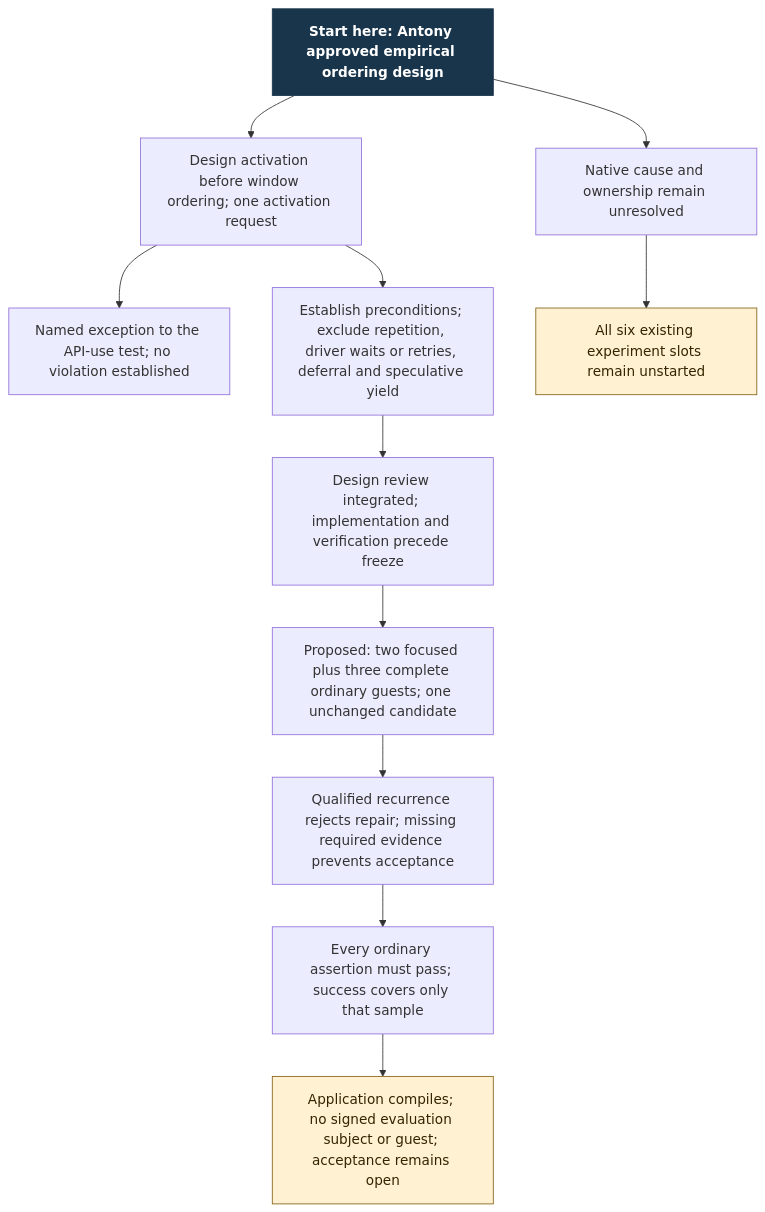
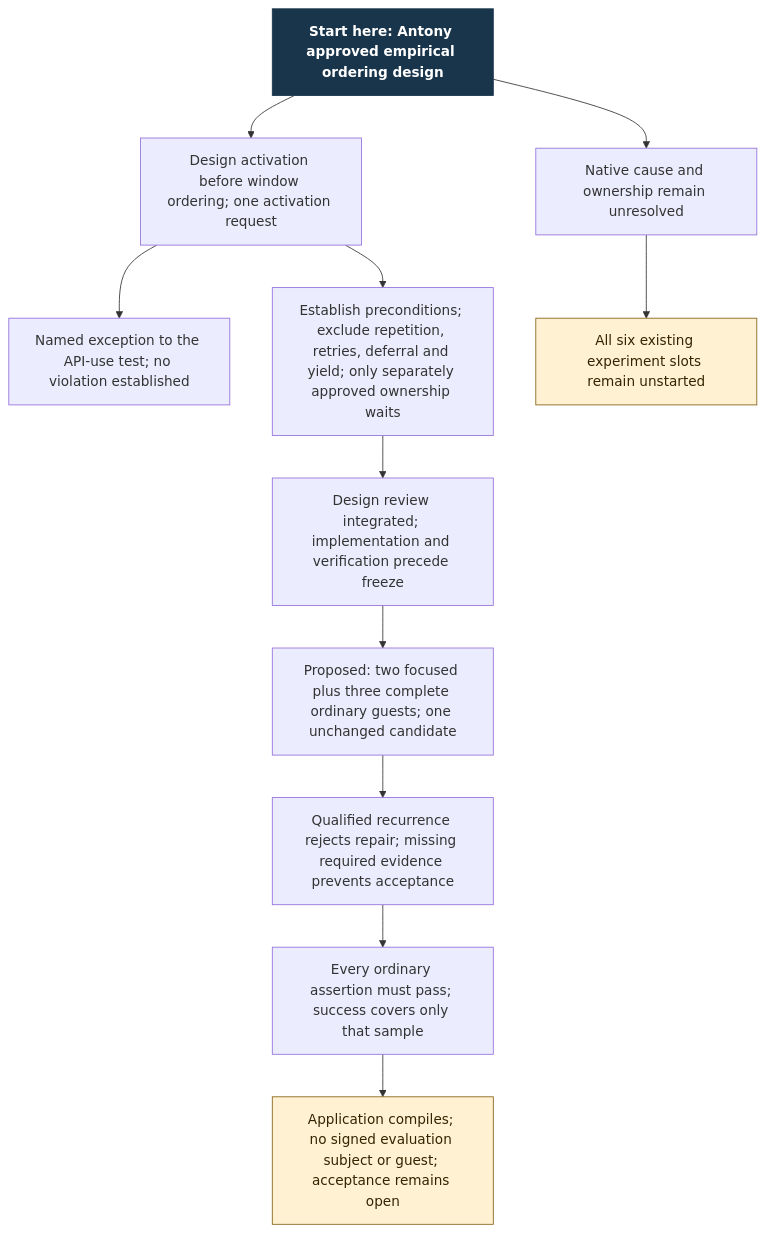
One commit to Linkuistics/Koine changed the diagram in docs/design/architecture/settings-activation/scope-choice.mmd. Above: the diagram before and after it, drawn with Mermaid. The commit also changed 13 other files, not shown here.

```diff
--- a/docs/design/architecture/settings-activation/scope-choice.mmd
+++ b/docs/design/architecture/settings-activation/scope-choice.mmd
@@ -1,14 +1,14 @@
 flowchart TD
     S["Start here: Antony approved empirical ordering design"]:::start
     S --> A["Design activation before window ordering; one activation request"]
     A --> J["Named exception to the API-use test; no violation established"]
-    A --> A1["Establish preconditions; exclude repetition, driver waits or retries, deferral and speculative yield"]
+    A --> A1["Establish preconditions; exclude repetition, retries, deferral and yield; only separately approved ownership waits"]
     A1 --> A2["Design review integrated; implementation and verification precede freeze"]
     A2 --> T["Proposed: two focused plus three complete ordinary guests; one unchanged candidate"]
     T --> F["Qualified recurrence rejects repair; missing required evidence prevents acceptance"]
     F --> P["Every ordinary assertion must pass; success covers only that sample"]
     S --> C["Native cause and ownership remain unresolved"]
     C --> H["All six existing experiment slots remain unstarted"]:::hold
     P --> N["Application compiles; no signed evaluation subject or guest; acceptance remains open"]:::hold
     classDef start fill:#19354b,color:#fff,font-weight:bold,stroke:#19354b
     classDef hold fill:#fff1d2,color:#322600,stroke:#866216
```
